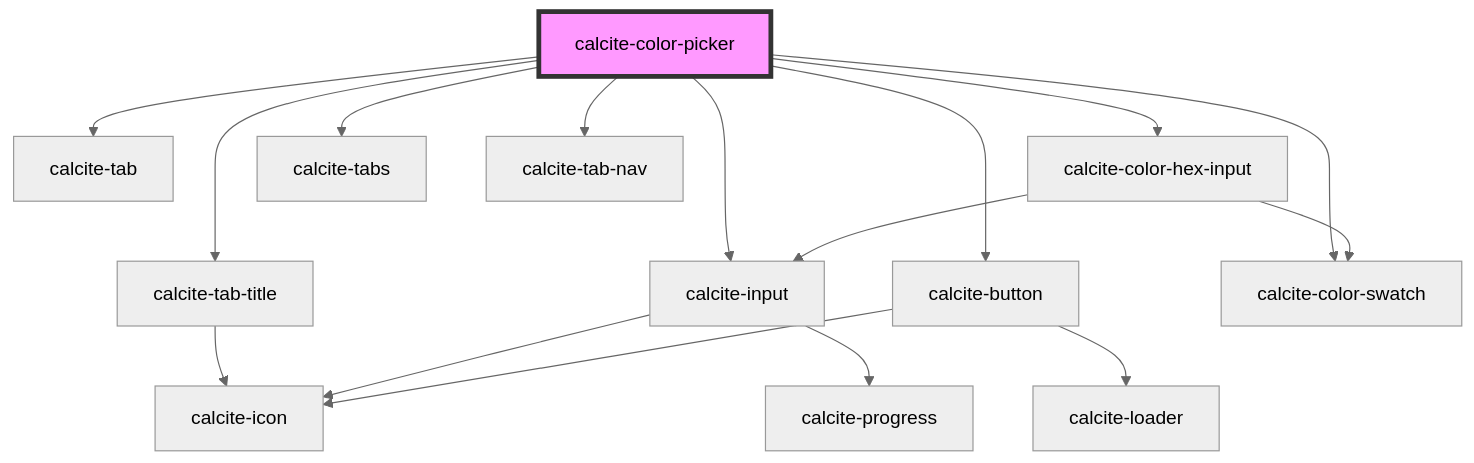
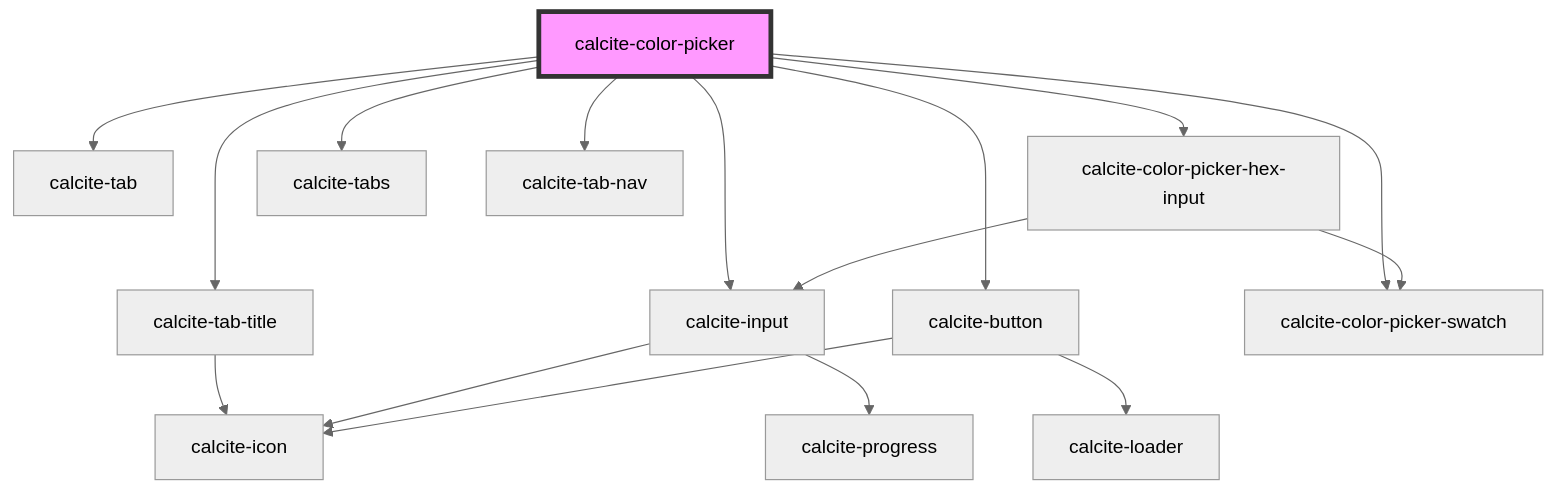
One commit to Esri/calcite-design-system changed the diagram in src/components/calcite-color-picker/readme.md. Above: the diagram before and after it, drawn with Mermaid (neutral theme). The commit also changed other lines of this file and 18 other files, not shown here.

````diff
--- a/src/components/calcite-color-picker/readme.md
+++ b/src/components/calcite-color-picker/readme.md
@@ -70,19 +70,19 @@
 ```mermaid
 graph TD;
   calcite-color-picker --> calcite-tab-title
   calcite-color-picker --> calcite-tab
   calcite-color-picker --> calcite-input
-  calcite-color-picker --> calcite-color-hex-input
+  calcite-color-picker --> calcite-color-picker-hex-input
   calcite-color-picker --> calcite-tabs
   calcite-color-picker --> calcite-tab-nav
   calcite-color-picker --> calcite-button
-  calcite-color-picker --> calcite-color-swatch
+  calcite-color-picker --> calcite-color-picker-swatch
   calcite-tab-title --> calcite-icon
   calcite-input --> calcite-progress
   calcite-input --> calcite-icon
-  calcite-color-hex-input --> calcite-input
-  calcite-color-hex-input --> calcite-color-swatch
+  calcite-color-picker-hex-input --> calcite-input
+  calcite-color-picker-hex-input --> calcite-color-picker-swatch
   calcite-button --> calcite-loader
   calcite-button --> calcite-icon
   style calcite-color-picker fill:#f9f,stroke:#333,stroke-width:4px
 ```
````
